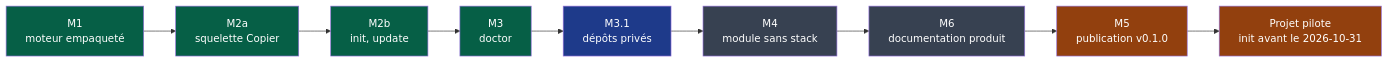
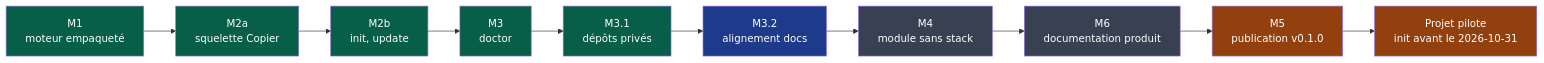
The diagram in docs/governance/plans/2026-09-15-moteur-v0.1.0.md (NapkinStack/engineering-os), drawn with Mermaid before and after one commit. The commit also changed other lines of this file and 22 other files, not shown here.

````diff
--- a/docs/governance/plans/2026-09-15-moteur-v0.1.0.md
+++ b/docs/governance/plans/2026-09-15-moteur-v0.1.0.md
@@ -48,16 +48,17 @@
 ```mermaid
 flowchart LR
     M1["M1<br/>moteur empaqueté"]:::fait --> M2a["M2a<br/>squelette Copier"]:::fait
     M2a --> M2b["M2b<br/>init, update"]:::fait
     M2b --> M3["M3<br/>doctor"]:::fait
-    M3 --> M31["M3.1<br/>dépôts privés"]:::encours
-    M31 --> M4["M4<br/>module sans stack"]:::afaire
+    M3 --> M31["M3.1<br/>dépôts privés"]:::fait
+    M31 --> M32["M3.2<br/>alignement docs"]:::encours
+    M32 --> M4["M4<br/>module sans stack"]:::afaire
     M4 --> M6["M6<br/>documentation produit"]:::afaire
     M6 --> M5["M5<br/>publication v0.1.0"]:::humain
     M5 --> PP["Projet pilote<br/>init avant le 2026-10-31"]:::humain
 
     classDef fait fill:#065f46,color:#fff
     classDef encours fill:#1e3a8a,color:#fff
     classDef afaire fill:#374151,color:#fff
     classDef humain fill:#92400e,color:#fff
 ```
````
